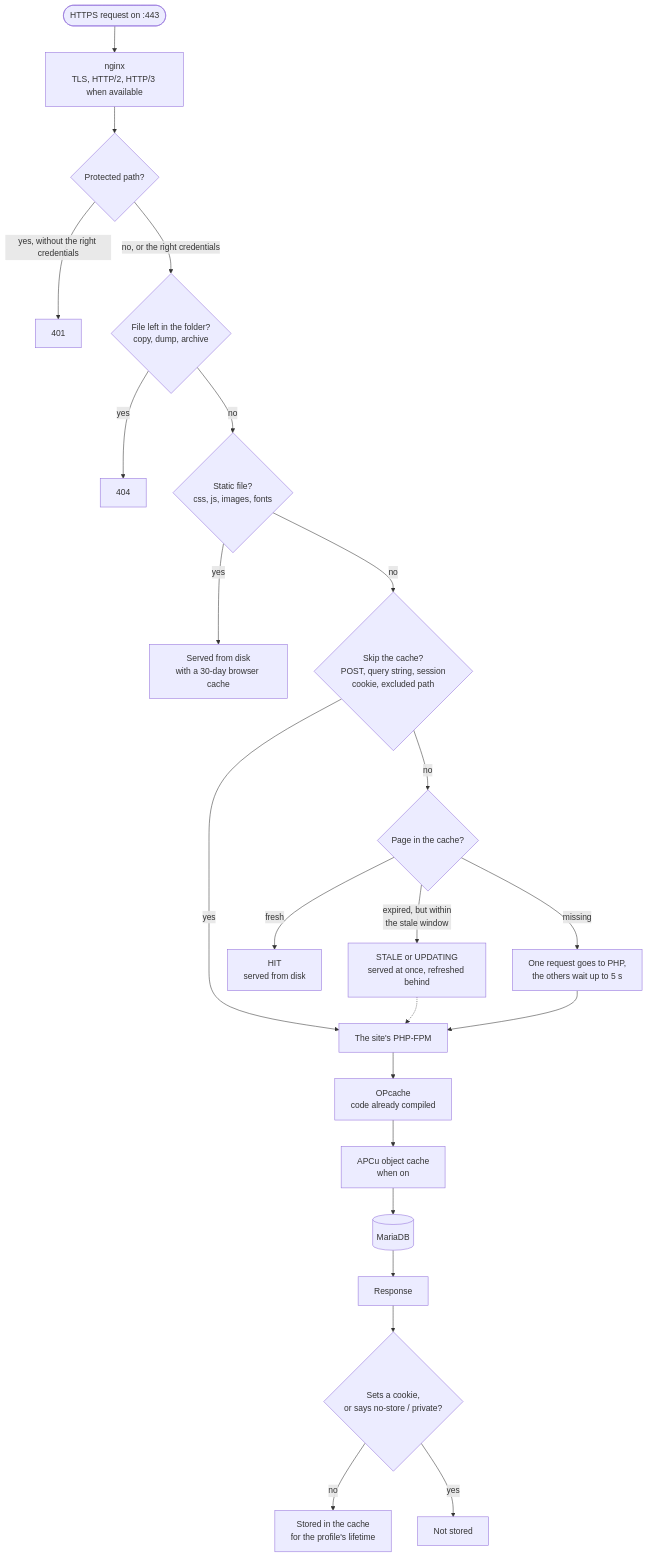
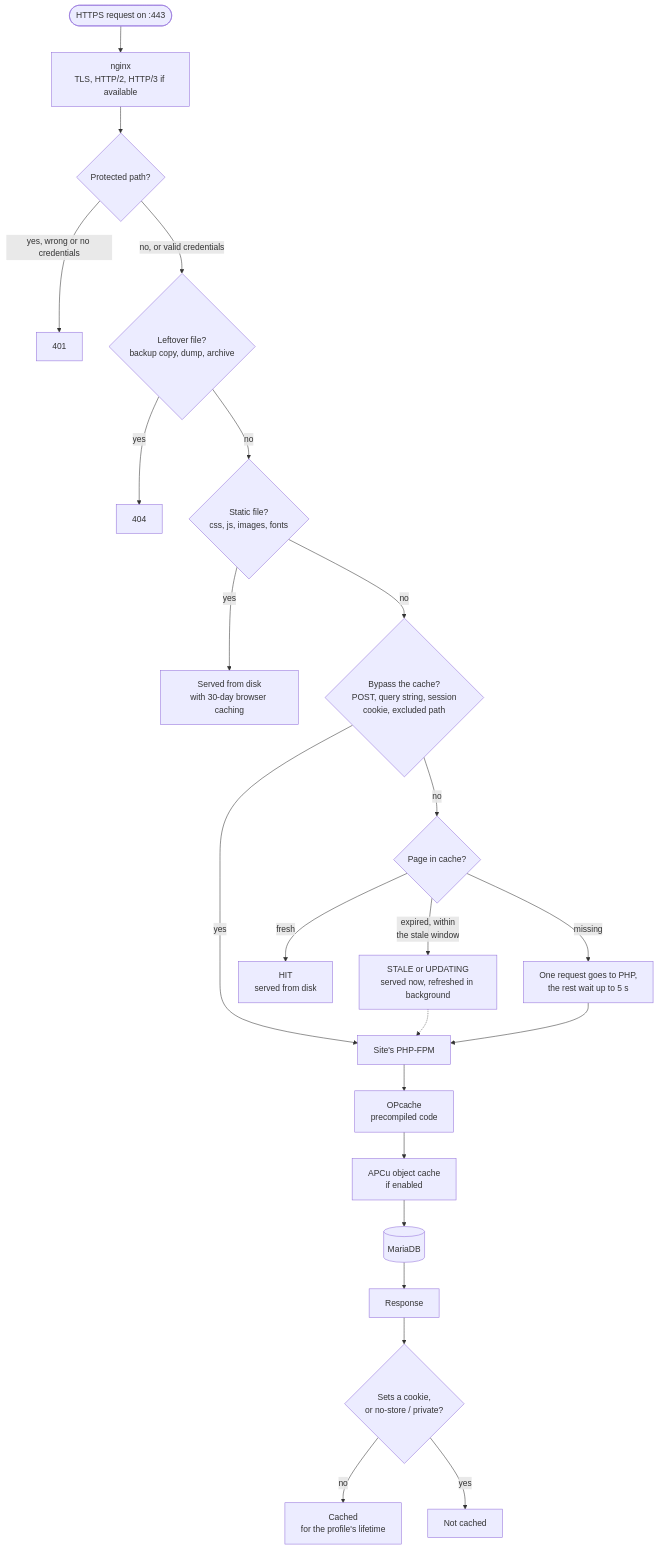
The diagram in i18n/en/docusaurus-plugin-content-docs/current/explanation/request-path.mdx (cloudground-it/cloudground-docs), drawn with Mermaid before and after one commit. The commit also changed other lines of this file and 21 other files, not shown here.

````diff
--- a/i18n/en/docusaurus-plugin-content-docs/current/explanation/request-path.mdx
+++ b/i18n/en/docusaurus-plugin-content-docs/current/explanation/request-path.mdx
@@ -17,25 +17,25 @@
 ```mermaid
 flowchart TD
-  req(["HTTPS request on :443"]) --> tls["nginx<br/>TLS, HTTP/2, HTTP/3 when available"]
+  req(["HTTPS request on :443"]) --> tls["nginx<br/>TLS, HTTP/2, HTTP/3 if available"]
   tls --> auth{"Protected path?"}
-  auth -- "yes, without the right credentials" --> e401["401"]
-  auth -- "no, or the right credentials" --> left{"File left in the folder?<br/>copy, dump, archive"}
+  auth -- "yes, wrong or no credentials" --> e401["401"]
+  auth -- "no, or valid credentials" --> left{"Leftover file?<br/>backup copy, dump, archive"}
   left -- "yes" --> e404["404"]
   left -- "no" --> asset{"Static file?<br/>css, js, images, fonts"}
-  asset -- "yes" --> disk["Served from disk<br/>with a 30-day browser cache"]
-  asset -- "no" --> skip{"Skip the cache?<br/>POST, query string, session<br/>cookie, excluded path"}
+  asset -- "yes" --> disk["Served from disk<br/>with 30-day browser caching"]
+  asset -- "no" --> skip{"Bypass the cache?<br/>POST, query string, session<br/>cookie, excluded path"}
   skip -- "yes" --> php
-  skip -- "no" --> lookup{"Page in the cache?"}
+  skip -- "no" --> lookup{"Page in cache?"}
   lookup -- "fresh" --> hit["HIT<br/>served from disk"]
-  lookup -- "expired, but within<br/>the stale window" --> stale["STALE or UPDATING<br/>served at once, refreshed behind"]
-  lookup -- "missing" --> lock["One request goes to PHP,<br/>the others wait up to 5 s"]
+  lookup -- "expired, within<br/>the stale window" --> stale["STALE or UPDATING<br/>served now, refreshed in background"]
+  lookup -- "missing" --> lock["One request goes to PHP,<br/>the rest wait up to 5 s"]
   stale -.-> php
-  lock --> php["The site's PHP-FPM"]
-  php --> opc["OPcache<br/>code already compiled"]
-  opc --> oc["APCu object cache<br/>when on"]
+  lock --> php["Site's PHP-FPM"]
+  php --> opc["OPcache<br/>precompiled code"]
+  opc --> oc["APCu object cache<br/>if enabled"]
   oc --> maria[("MariaDB")]
   maria --> resp["Response"]
-  resp --> store{"Sets a cookie,<br/>or says no-store / private?"}
-  store -- "no" --> save["Stored in the cache<br/>for the profile's lifetime"]
-  store -- "yes" --> nosave["Not stored"]
+  resp --> store{"Sets a cookie,<br/>or no-store / private?"}
+  store -- "no" --> save["Cached<br/>for the profile's lifetime"]
+  store -- "yes" --> nosave["Not cached"]
 ```
````
